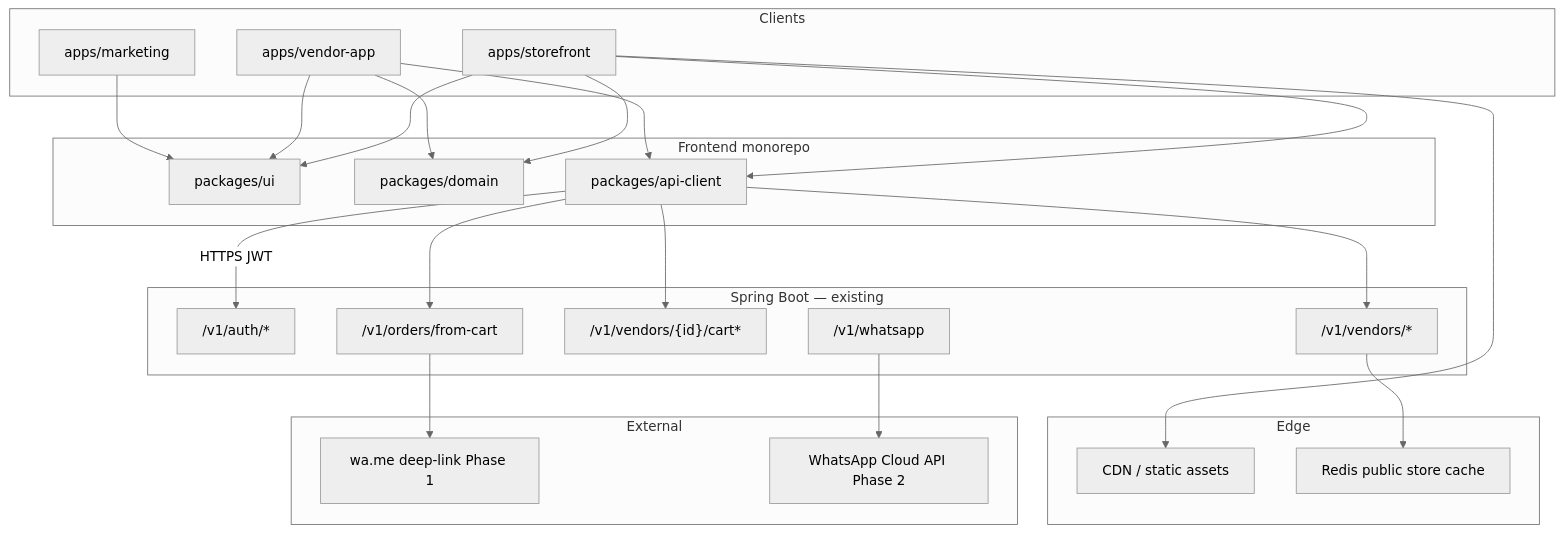
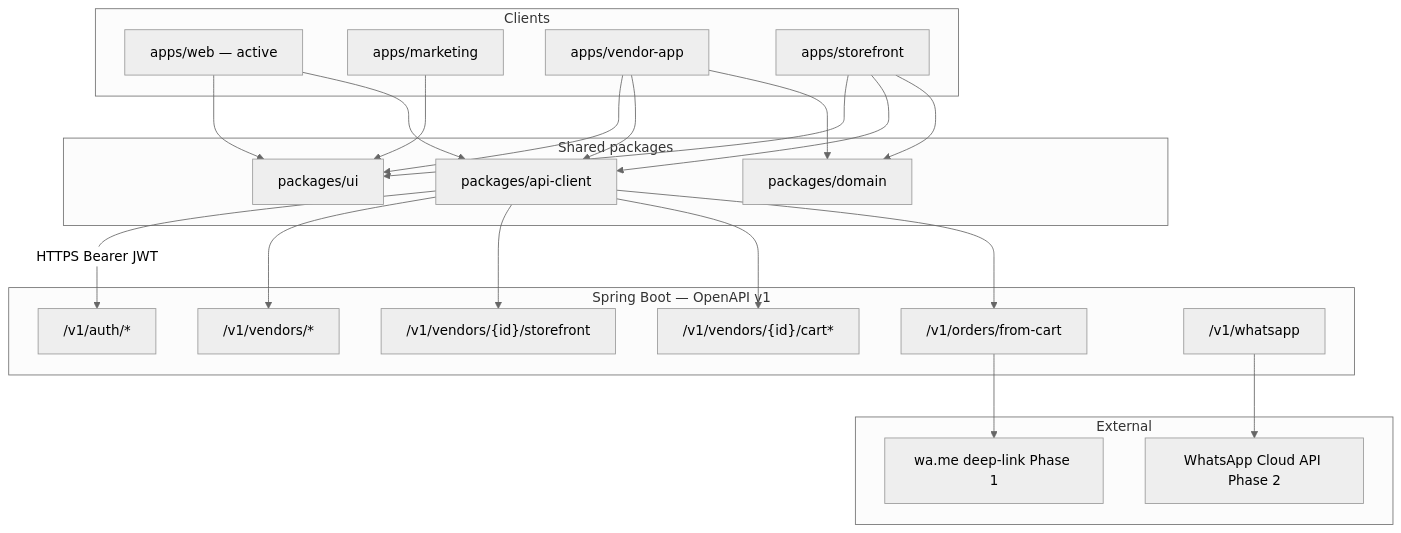
The first of 3 diagrams in docs/MITHRADIRECT_SAAS_DESIGN.md (s713278/Website), drawn with Mermaid (neutral theme) before and after one commit. The commit also changed other lines of this file and 20 other files, not shown here.

````diff
--- a/docs/MITHRADIRECT_SAAS_DESIGN.md
+++ b/docs/MITHRADIRECT_SAAS_DESIGN.md
@@ -169,48 +212,47 @@
 ```mermaid
 flowchart TB
   subgraph clients [Clients]
+    W[apps/web — active]
     M[apps/marketing]
     V[apps/vendor-app]
     S[apps/storefront]
   end
 
-  subgraph web [Frontend monorepo]
+  subgraph packages [Shared packages]
     UI[packages/ui]
     DOM[packages/domain]
     API[packages/api-client]
-    M --> UI
-    V --> UI
-    S --> UI
-    V --> DOM
-    S --> DOM
-    V --> API
-    S --> API
   end
 
-  subgraph edge [Edge]
-    CDN[CDN / static assets]
-    Cache[Redis public store cache]
-  end
+  W --> UI
+  W --> API
+  M --> UI
+  V --> UI
+  V --> API
+  S --> UI
+  S --> API
+  V --> DOM
+  S --> DOM
 
-  subgraph backend [Spring Boot — existing]
+  subgraph backend [Spring Boot — OpenAPI v1]
     Auth["/v1/auth/*"]
     Vendors["/v1/vendors/*"]
+    SF["/v1/vendors/{id}/storefront"]
     Cart["/v1/vendors/{id}/cart*"]
     Orders["/v1/orders/from-cart"]
     WA["/v1/whatsapp"]
   end
 
   subgraph external [External]
     WAme[wa.me deep-link Phase 1]
     Meta[WhatsApp Cloud API Phase 2]
   end
 
-  API -->|HTTPS JWT| Auth
+  API -->|HTTPS Bearer JWT| Auth
   API --> Vendors
+  API --> SF
   API --> Cart
   API --> Orders
-  S --> CDN
-  Vendors --> Cache
   Orders --> WAme
   WA --> Meta
 ```
````
